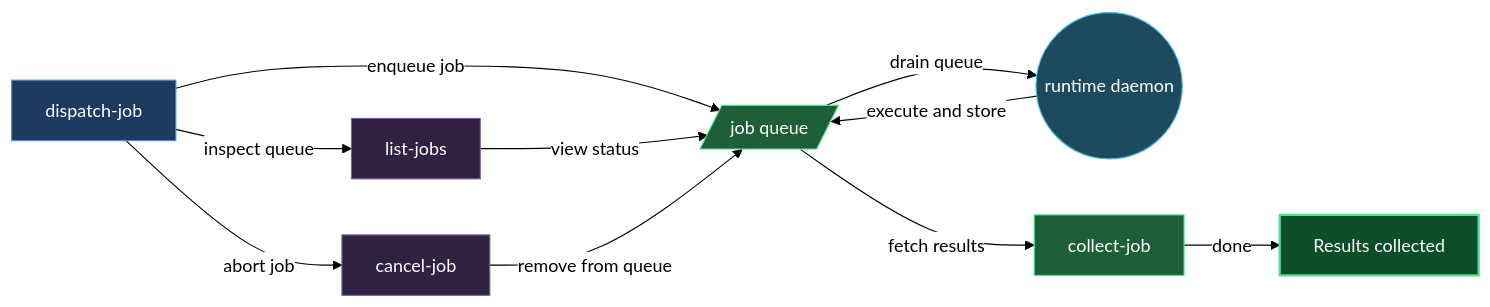
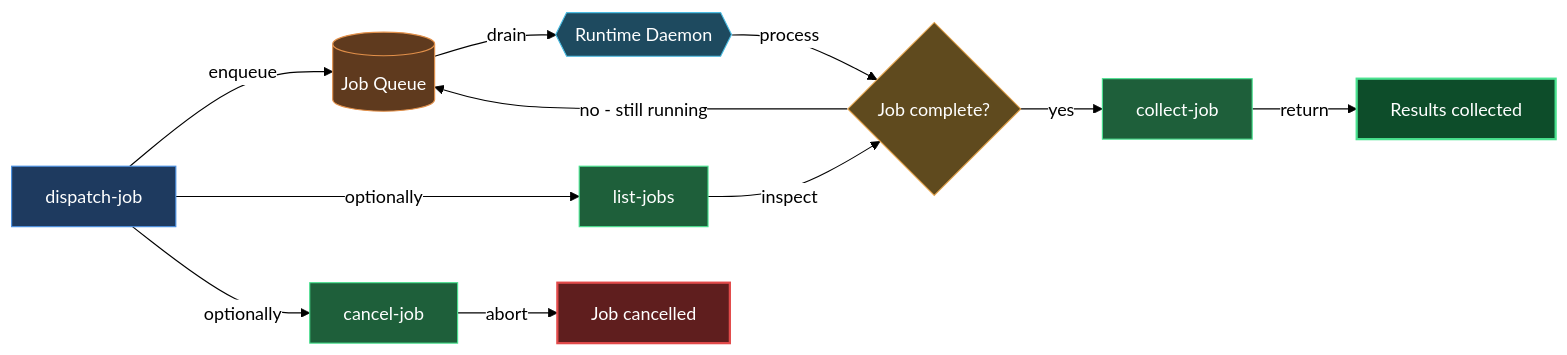
One commit to mebius-san/lazy-cortex changed the diagram in Claude/lazycortex-core/help/experts.md. Above: the diagram before and after it, drawn with Mermaid. The commit also changed other lines of this file and 96 other files, not shown here.

````diff
--- a/Claude/lazycortex-core/help/experts.md
+++ b/Claude/lazycortex-core/help/experts.md
@@ -54,35 +77,42 @@
 ```mermaid
 %%{init: {'themeVariables':{'background':'transparent','lineColor':'#000','textColor':'#000','edgeLabelBackground':'#fff'},'themeCSS':'.edgeLabel{background-color:transparent!important}.edgeLabel p{background-color:transparent!important}','flowchart':{'diagramPadding':5,'useMaxWidth':true}}}%%
 flowchart LR
   userDispatchJob[dispatch-job]
-  runtimeDaemon((runtime daemon))
-  jobQueue[/job queue/]
-  collectJob[collect-job]
+  jobQueue[(Job Queue)]
+  runtimeDaemon{{Runtime Daemon}}
   listJobs[list-jobs]
   cancelJob[cancel-job]
-  resultsReady[Results collected]
+  jobDone{Job complete?}
+  collectJob[collect-job]
+  resultReady[Results collected]
+  jobCancelled[Job cancelled]
 
-  userDispatchJob -->|enqueue job| jobQueue
-  jobQueue -->|drain queue| runtimeDaemon
-  runtimeDaemon -->|execute and store| jobQueue
-  jobQueue -->|fetch results| collectJob
-  collectJob -->|done| resultsReady
-  userDispatchJob -->|inspect queue| listJobs
-  listJobs -->|view status| jobQueue
-  userDispatchJob -->|abort job| cancelJob
-  cancelJob -->|remove from queue| jobQueue
+  userDispatchJob -->|enqueue| jobQueue
+  jobQueue -->|drain| runtimeDaemon
+  runtimeDaemon -->|process| jobDone
+  jobDone -->|yes| collectJob
+  jobDone -->|no - still running| jobQueue
+  userDispatchJob -->|optionally| listJobs
+  listJobs -->|inspect| jobDone
+  userDispatchJob -->|optionally| cancelJob
+  cancelJob -->|abort| jobCancelled
+  collectJob -->|return| resultReady
 
   classDef entry fill:#1e3a5f,stroke:#4a90e2,color:#fff
   classDef action fill:#1e5f3a,stroke:#4ae290,color:#fff
+  classDef guard fill:#5f4a1e,stroke:#e2a14a,color:#fff
   classDef service fill:#1e4a5f,stroke:#4abce2,color:#fff
+  classDef store fill:#5f3a1e,stroke:#e2904a,color:#fff
   classDef success fill:#0d4d2a,stroke:#4ae290,color:#fff,stroke-width:2px
-  classDef sub fill:#2e2240,stroke:#7e63a8,color:#fff
+  classDef error fill:#5f1e1e,stroke:#e24a4a,color:#fff,stroke-width:2px
 
   class userDispatchJob entry
   class runtimeDaemon service
-  class jobQueue action
+  class jobQueue store
+  class listJobs action
+  class cancelJob action
+  class jobDone guard
   class collectJob action
-  class listJobs sub
-  class cancelJob sub
-  class resultsReady success
+  class resultReady success
+  class jobCancelled error
 ```
````
